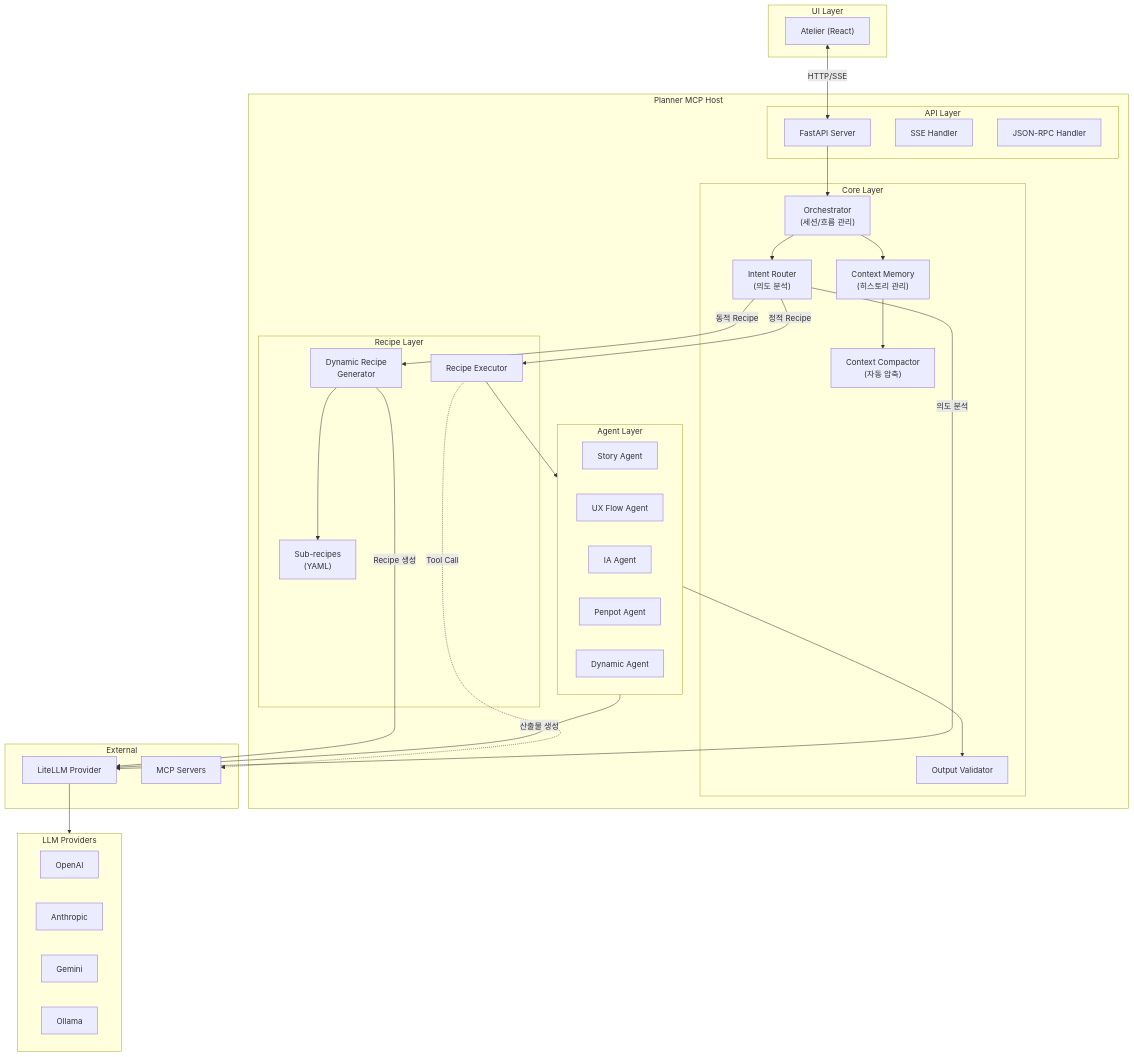
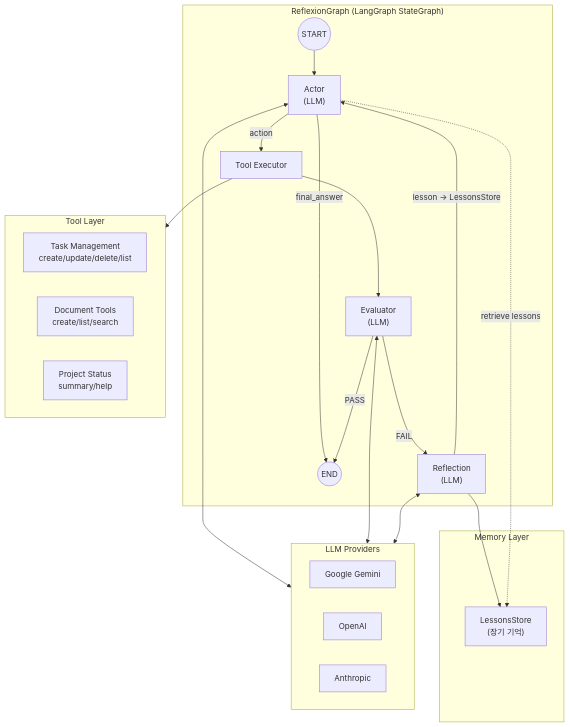
The third of 4 diagrams in README.md (SJayKim/SJayKim), drawn with Mermaid before and after one commit. The commit also changed other lines of this file, not shown here.

First line of the commit message:
Update: Planner MCP Host -> Reflexion Agent

````diff
--- a/README.md
+++ b/README.md
@@ -338,64 +338,42 @@
 ```mermaid
 flowchart TB
-    subgraph Client["UI Layer"]
-        Atelier["Atelier (React)"]
+    subgraph ReflexionGraph["ReflexionGraph (LangGraph StateGraph)"]
+        START((START))
+        Actor["Actor<br/>(LLM)"]
+        ToolExec["Tool Executor"]
+        Evaluator["Evaluator<br/>(LLM)"]
+        Reflection["Reflection<br/>(LLM)"]
+        END_NODE((END))
+        
+        START --> Actor
+        Actor -->|"action"| ToolExec
+        Actor -->|"final_answer"| END_NODE
+        ToolExec --> Evaluator
+        Evaluator -->|"PASS"| END_NODE
+        Evaluator -->|"FAIL"| Reflection
+        Reflection -->|"lesson → LessonsStore"| Actor
     end
 
-    subgraph Server["Planner MCP Host"]
-        subgraph API["API Layer"]
-            FastAPI["FastAPI Server"]
-            SSE["SSE Handler"]
-            JSONRPC["JSON-RPC Handler"]
-        end
-
-        subgraph Core["Core Layer"]
-            Orch["Orchestrator<br/>(세션/흐름 관리)"]
-            Router["Intent Router<br/>(의도 분석)"]
-            CtxMem["Context Memory<br/>(히스토리 관리)"]
-            Compact["Context Compactor<br/>(자동 압축)"]
-            Validator["Output Validator"]
-        end
-
-        subgraph Recipe["Recipe Layer"]
-            DynGen["Dynamic Recipe<br/>Generator"]
-            Executor["Recipe Executor"]
-            SubRecipe["Sub-recipes<br/>(YAML)"]
-        end
-
-        subgraph Agent["Agent Layer"]
-            StoryAg["Story Agent"]
-            UXAg["UX Flow Agent"]
-            IAAg["IA Agent"]
-            PenpotAg["Penpot Agent"]
-            DynAg["Dynamic Agent"]
-        end
+    subgraph Memory["Memory Layer"]
+        Lessons["LessonsStore<br/>(장기 기억)"]
     end
 
-    subgraph External["External"]
-        LiteLLM["LiteLLM Provider"]
-        MCPServers["MCP Servers"]
+    subgraph Tools["Tool Layer"]
+        TaskTools["Task Management<br/>create/update/delete/list"]
+        DocTools["Document Tools<br/>create/list/search"]
+        ProjectTools["Project Status<br/>summary/help"]
     end
 
-    subgraph LLMProviders["LLM Providers"]
-        OpenAI & Anthropic & Gemini & Ollama
+    subgraph LLM["LLM Providers"]
+        Gemini["Google Gemini"]
+        OpenAI["OpenAI"]
+        Anthropic["Anthropic"]
     end
 
-    Atelier <-->|HTTP/SSE| FastAPI
-    FastAPI --> Orch
-    Orch --> Router
-    Router -->|의도 분석| LiteLLM
-    Orch --> CtxMem
-    CtxMem --> Compact
-    
-    Router -->|정적 Recipe| Executor
-    Router -->|동적 Recipe| DynGen
-    DynGen -->|Recipe 생성| LiteLLM
-    DynGen --> SubRecipe
-    
-    Executor --> Agent
-    Agent -->|산출물 생성| LiteLLM
-    Agent --> Validator
-    
-    LiteLLM --> LLMProviders
-    Executor -.->|Tool Call| MCPServers
+    Actor <--> LLM
+    Evaluator <--> LLM
+    Reflection <--> LLM
+    ToolExec --> Tools
+    Reflection --> Lessons
+    Actor -.->|"retrieve lessons"| Lessons
 ```
````
